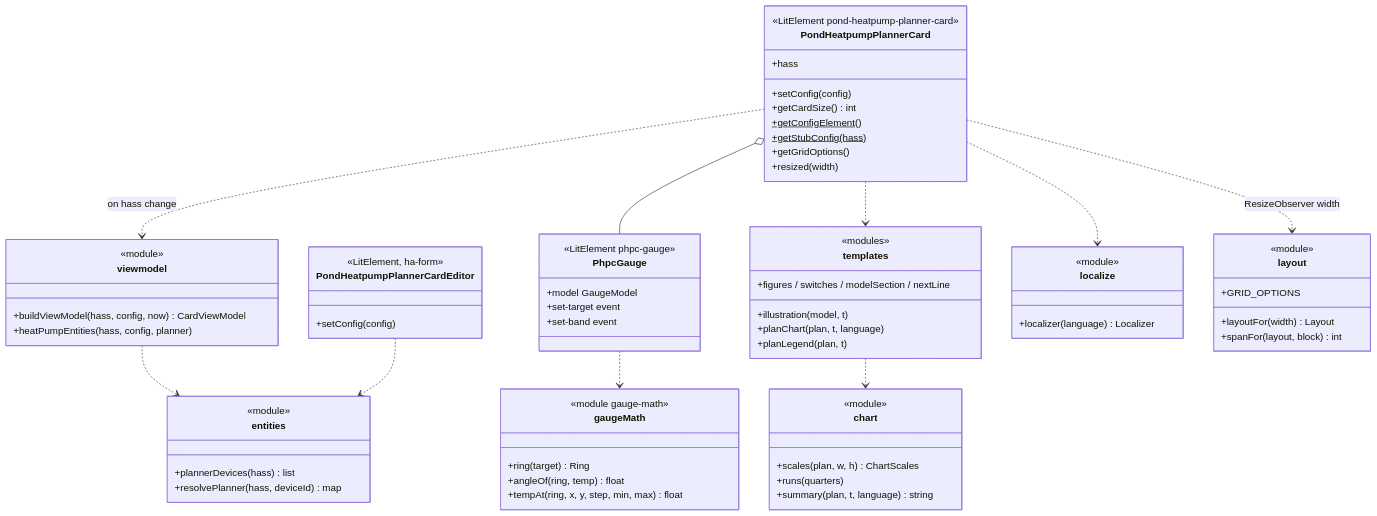
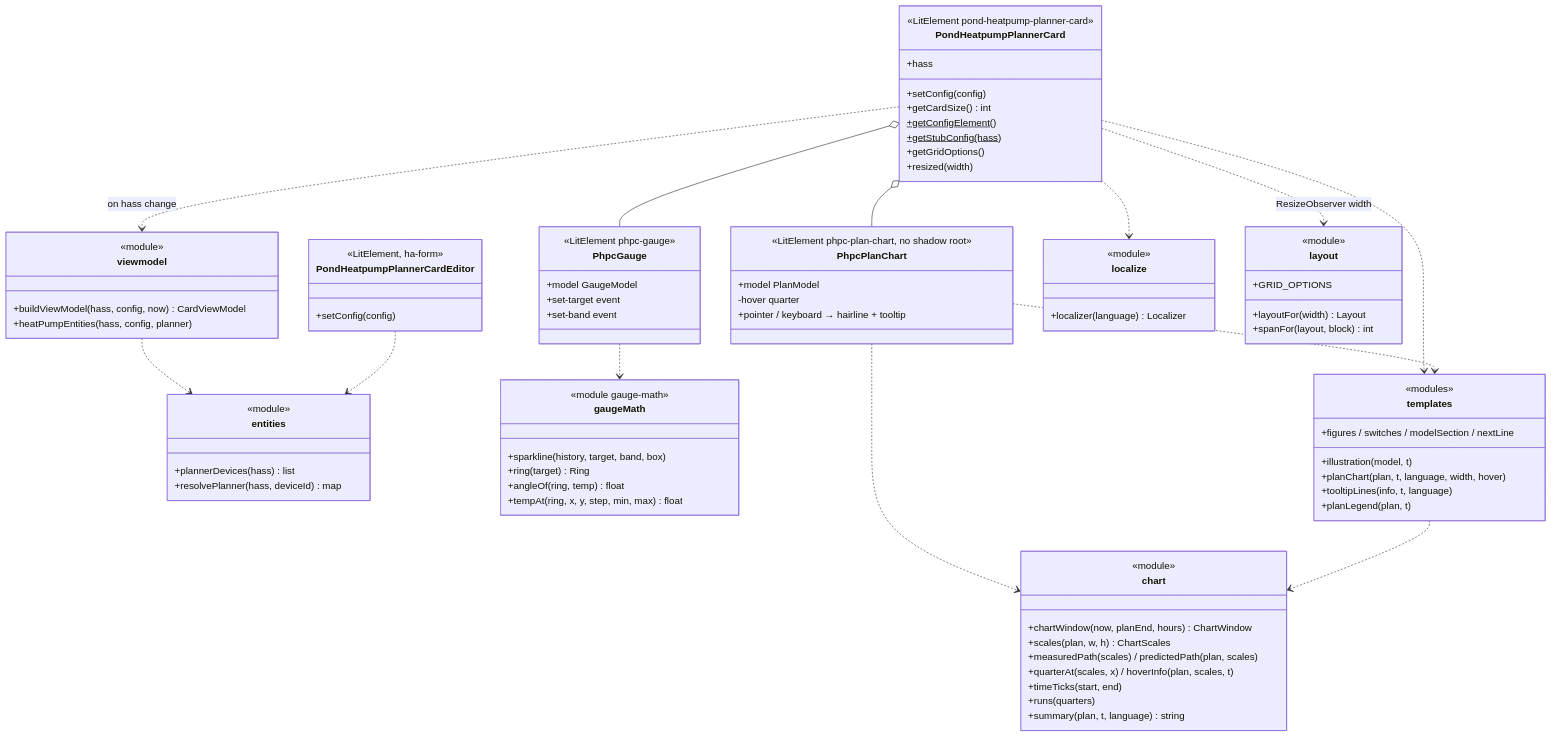
One commit to abroeders/pond-heatpump-price-planner changed diagram 20 of 23 in docs/architecture.md. Above: the diagram before and after it, drawn with Mermaid. The commit also changed other lines of this file and 9 other files, not shown here.

Commit message:
docs: plan chart window, hover and screenshots (#22)

```diff
--- a/docs/architecture.md
+++ b/docs/architecture.md
@@ -823,12 +823,23 @@
     }
     class chart {
         <<module>>
+        +chartWindow(now, planEnd, hours) ChartWindow
         +scales(plan, w, h) ChartScales
+        +measuredPath(scales) / predictedPath(plan, scales)
+        +quarterAt(scales, x) / hoverInfo(plan, scales, t)
+        +timeTicks(start, end)
         +runs(quarters)
         +summary(plan, t, language) string
     }
+    class PhpcPlanChart {
+        <<LitElement phpc-plan-chart, no shadow root>>
+        +model PlanModel
+        -hover quarter
+        +pointer / keyboard → hairline + tooltip
+    }
     class gaugeMath {
         <<module gauge-math>>
+        +sparkline(history, target, band, box)
         +ring(target) Ring
         +angleOf(ring, temp) float
         +tempAt(ring, x, y, step, min, max) float
@@ -836,7 +847,8 @@
     class templates {
         <<modules>>
         +illustration(model, t)
-        +planChart(plan, t, language)
+        +planChart(plan, t, language, width, hover)
+        +tooltipLines(info, t, language)
         +planLegend(plan, t)
         +figures / switches / modelSection / nextLine
     }
@@ -853,7 +865,10 @@
     PondHeatpumpPlannerCard ..> viewmodel : on hass change
     viewmodel ..> entities
     PondHeatpumpPlannerCard o-- PhpcGauge
+    PondHeatpumpPlannerCard o-- PhpcPlanChart
     PondHeatpumpPlannerCard ..> templates
+    PhpcPlanChart ..> templates
+    PhpcPlanChart ..> chart
     templates ..> chart
     PhpcGauge ..> gaugeMath
     PondHeatpumpPlannerCard ..> localize
```
